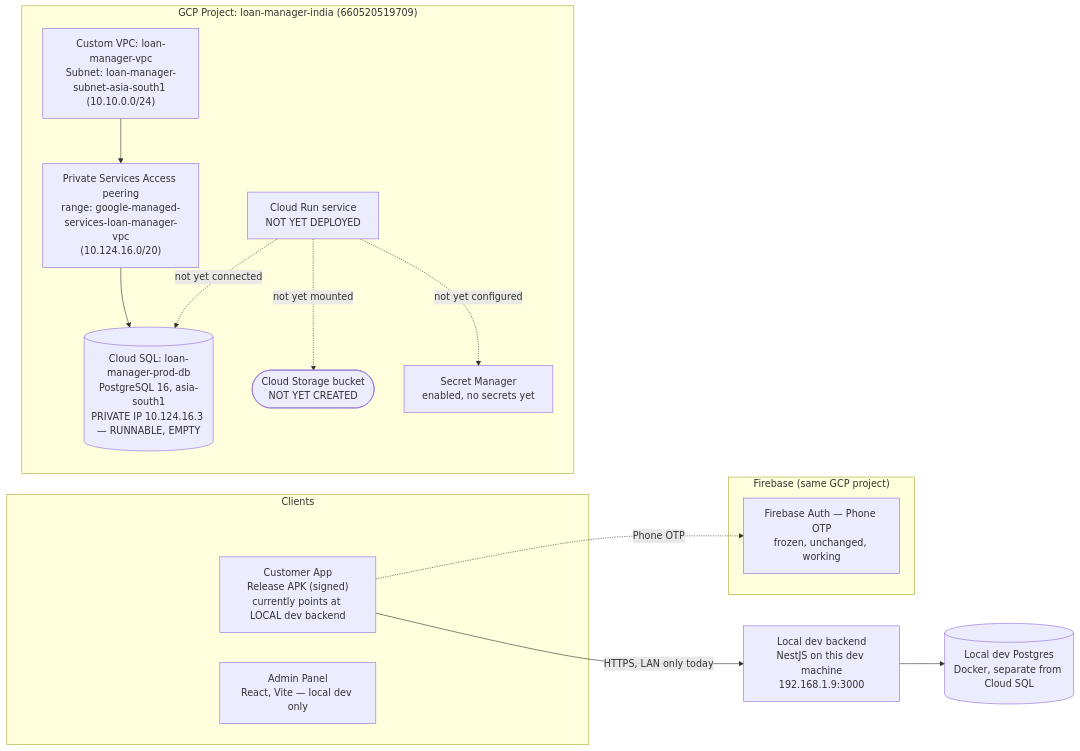
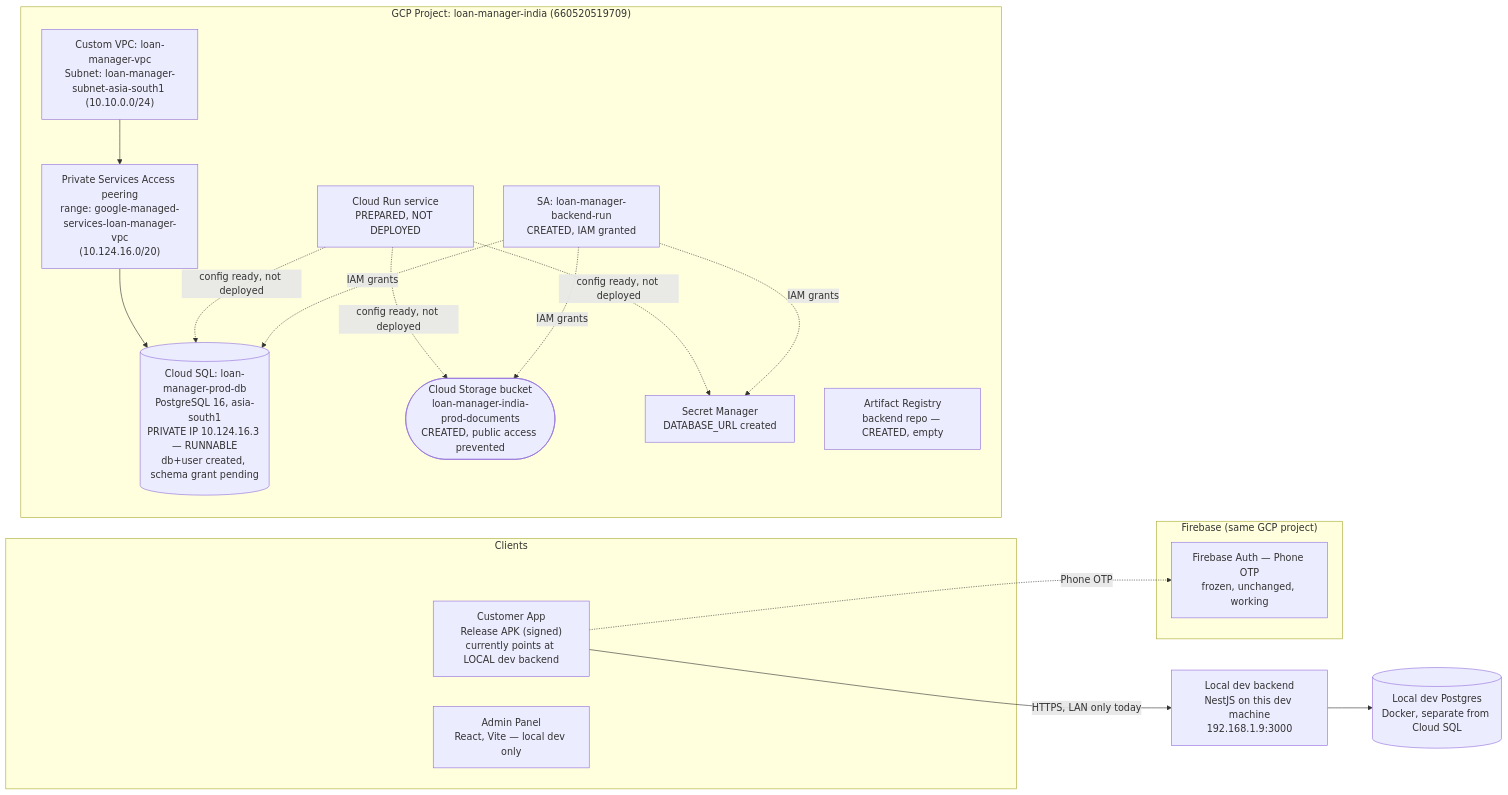
Before and after one commit to tokenanalyzer/loan-manager: the diagram in docs/PRODUCTION_DEPLOYMENT_CHECKPOINT.md, drawn with Mermaid. The commit also changed other lines of this file and 4 other files, not shown here.

First line of the commit message:
build(backend): prepare Cloud Run production deployment config

````diff
--- a/docs/PRODUCTION_DEPLOYMENT_CHECKPOINT.md
+++ b/docs/PRODUCTION_DEPLOYMENT_CHECKPOINT.md
@@ -15,29 +14,34 @@
 ```mermaid
 flowchart LR
   subgraph clients["Clients"]
     CA["Customer App<br/>Release APK (signed)<br/>currently points at LOCAL dev backend"]
     AP["Admin Panel<br/>React, Vite — local dev only"]
   end
 
   subgraph gcp["GCP Project: loan-manager-india (660520519709)"]
     direction TB
     VPC["Custom VPC: loan-manager-vpc<br/>Subnet: loan-manager-subnet-asia-south1 (10.10.0.0/24)"]
     PEER["Private Services Access peering<br/>range: google-managed-services-loan-manager-vpc<br/>(10.124.16.0/20)"]
-    SQL[("Cloud SQL: loan-manager-prod-db<br/>PostgreSQL 16, asia-south1<br/>PRIVATE IP 10.124.16.3 — RUNNABLE, EMPTY")]
-    GCS(["Cloud Storage bucket<br/>NOT YET CREATED"])
-    SM["Secret Manager<br/>enabled, no secrets yet"]
-    RUN["Cloud Run service<br/>NOT YET DEPLOYED"]
+    SQL[("Cloud SQL: loan-manager-prod-db<br/>PostgreSQL 16, asia-south1<br/>PRIVATE IP 10.124.16.3 — RUNNABLE<br/>db+user created, schema grant pending")]
+    GCS(["Cloud Storage bucket<br/>loan-manager-india-prod-documents<br/>CREATED, public access prevented"])
+    SM["Secret Manager<br/>DATABASE_URL created"]
+    AR["Artifact Registry<br/>backend repo — CREATED, empty"]
+    SA["SA: loan-manager-backend-run<br/>CREATED, IAM granted"]
+    RUN["Cloud Run service<br/>PREPARED, NOT DEPLOYED"]
   end
 
   subgraph fb["Firebase (same GCP project)"]
     FA["Firebase Auth — Phone OTP<br/>frozen, unchanged, working"]
   end
 
   VPC --> PEER --> SQL
-  RUN -.->|"not yet connected"| SQL
-  RUN -.->|"not yet mounted"| GCS
-  RUN -.->|"not yet configured"| SM
+  RUN -.->|"config ready, not deployed"| SQL
+  RUN -.->|"config ready, not deployed"| GCS
+  RUN -.->|"config ready, not deployed"| SM
+  SA -.->|IAM grants| SQL
+  SA -.->|IAM grants| GCS
+  SA -.->|IAM grants| SM
   CA -->|"HTTPS, LAN only today"| LocalBackend["Local dev backend<br/>NestJS on this dev machine<br/>192.168.1.9:3000"]
   LocalBackend --> LocalDB[("Local dev Postgres<br/>Docker, separate from Cloud SQL")]
   CA -.->|Phone OTP| FA
 ```
````
